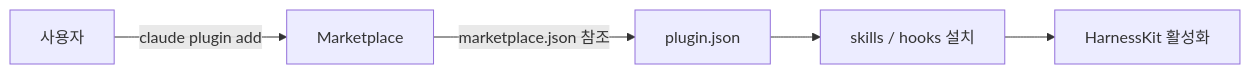
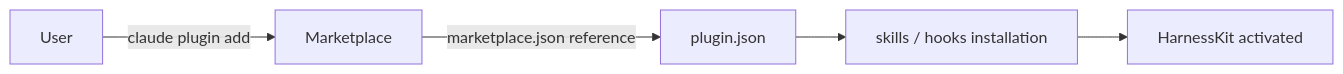
The first of 2 diagrams in content/en/posts/2026-04-02-harnesskit-dev4.md (ice-ice-bear/ice-ice-bear.github.io), drawn with Mermaid before and after one commit. The commit also changed other lines of this file and 23 other files, not shown here.

````diff
--- a/content/en/posts/2026-04-02-harnesskit-dev4.md
+++ b/content/en/posts/2026-04-02-harnesskit-dev4.md
@@ -35,7 +35,7 @@
 ```mermaid
 graph LR
-    A["사용자"] -->|"claude plugin add"| B["Marketplace"]
-    B -->|"marketplace.json 참조"| C["plugin.json"]
-    C --> D["skills / hooks 설치"]
-    D --> E["HarnessKit 활성화"]
+    A["User"] -->|"claude plugin add"| B["Marketplace"]
+    B -->|"marketplace.json reference"| C["plugin.json"]
+    C --> D["skills / hooks installation"]
+    D --> E["HarnessKit activated"]
 ```
````
